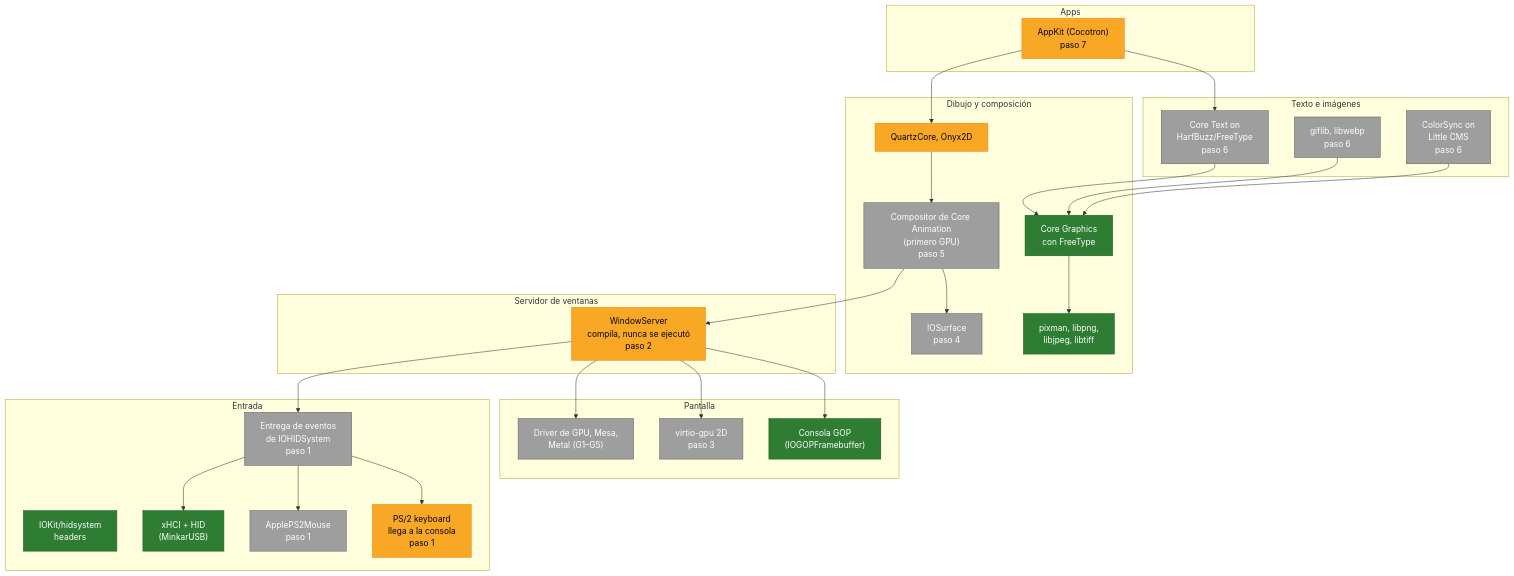
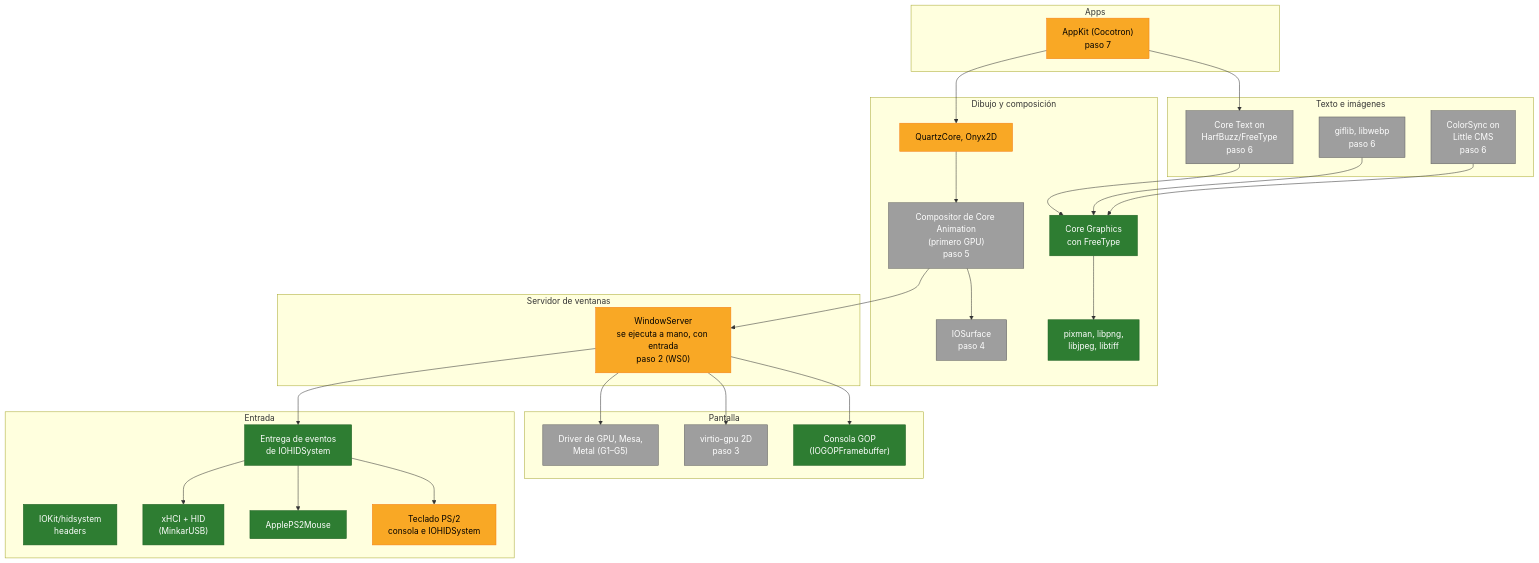
Before and after one commit to minkaros/minkar: the third of 4 diagrams in Docs/Progress.es.md, drawn with Mermaid. The commit also changed other lines of this file and 5 other files, not shown here.

First line of the commit message:
Docs: WS0 state (IOHIDSystem delivery, PS/2 mouse, WindowServer input)

````diff
--- a/Docs/Progress.es.md
+++ b/Docs/Progress.es.md
@@ -73,48 +73,48 @@
 ```mermaid
 flowchart TB
     subgraph APPS["Apps"]
         AK["AppKit (Cocotron)<br/>paso 7"]:::partial
     end
     subgraph TEXT["Texto e imágenes"]
         CT["Core Text on<br/>HarfBuzz/FreeType<br/>paso 6"]:::todo
         IMG["giflib, libwebp<br/>paso 6"]:::todo
         CS["ColorSync on<br/>Little CMS<br/>paso 6"]:::todo
     end
     subgraph DRAW["Dibujo y composición"]
         CG["Core Graphics<br/>con FreeType"]:::done
         LIBS["pixman, libpng,<br/>libjpeg, libtiff"]:::done
         QC["QuartzCore, Onyx2D"]:::partial
         CA["Compositor de Core Animation<br/>(primero GPU)<br/>paso 5"]:::todo
         IOS["IOSurface<br/>paso 4"]:::todo
     end
     subgraph SERVER["Servidor de ventanas"]
-        WS["WindowServer<br/>compila, nunca se ejecutó<br/>paso 2"]:::partial
+        WS["WindowServer<br/>se ejecuta a mano, con entrada<br/>paso 2 (WS0)"]:::partial
     end
     subgraph INPUT["Entrada"]
         HIDH["IOKit/hidsystem<br/>headers"]:::done
         USB["xHCI + HID<br/>(MinkarUSB)"]:::done
-        KBD["PS/2 keyboard<br/>llega a la consola<br/>paso 1"]:::partial
-        MOUSE["ApplePS2Mouse<br/>paso 1"]:::todo
-        HIDS["Entrega de eventos<br/>de IOHIDSystem<br/>paso 1"]:::todo
+        KBD["Teclado PS/2<br/>consola e IOHIDSystem"]:::partial
+        MOUSE["ApplePS2Mouse"]:::done
+        HIDS["Entrega de eventos<br/>de IOHIDSystem"]:::done
     end
     subgraph DISPLAY["Pantalla"]
         GOP["Consola GOP<br/>(IOGOPFramebuffer)"]:::done
         VGPU["virtio-gpu 2D<br/>paso 3"]:::todo
         GPUD["Driver de GPU, Mesa,<br/>Metal (G1–G5)"]:::todo
     end
 
     AK --> CT & QC
     CT --> CG
     QC --> CA --> IOS
     CA --> WS
     WS --> GOP & VGPU & GPUD
     WS --> HIDS
     HIDS --> KBD & MOUSE & USB
     CG --> LIBS
     IMG --> CG
     CS --> CG
 
     classDef done fill:#2e7d32,stroke:#1b5e20,color:#fff
     classDef partial fill:#f9a825,stroke:#f57f17,color:#000
     classDef todo fill:#9e9e9e,stroke:#616161,color:#fff
 ```
````
